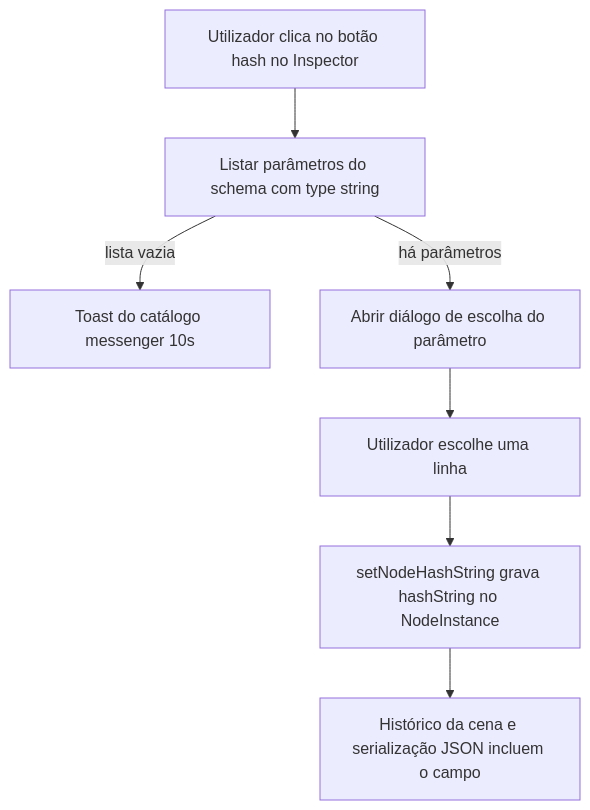
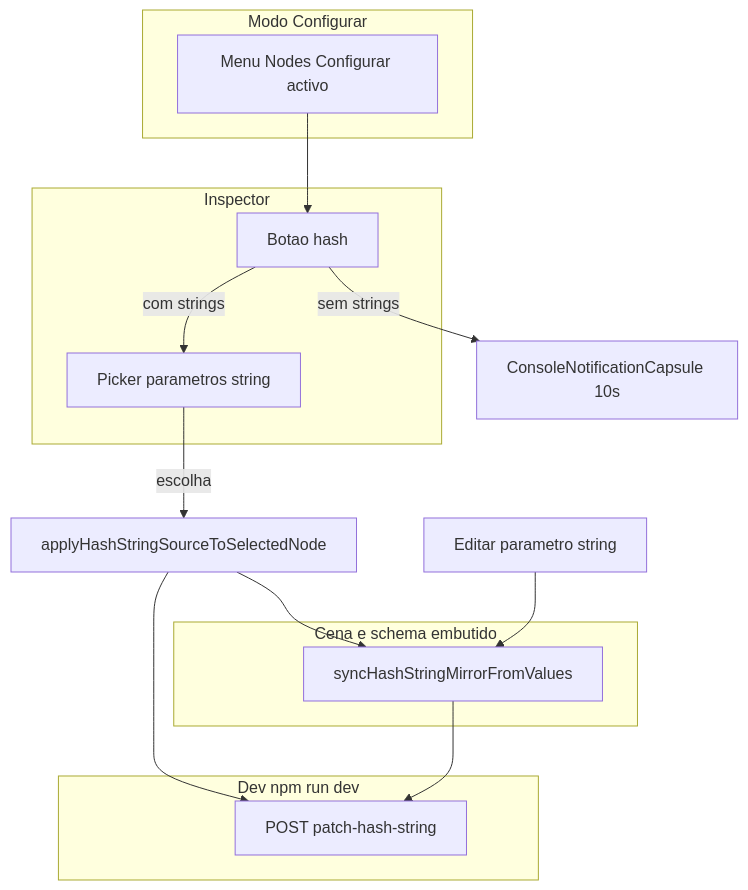
One commit to JunioCesar96/Node-Graphs-League-of-Legends changed the first of 2 diagrams in feature_md/feat/inspector-hash-string.md. Above: the diagram before and after it, drawn with Mermaid. The commit also changed other lines of this file and 13 other files, not shown here.

First line of the commit message:
feat(inspector): hashString com persistencia em nodeStructures

````diff
--- a/feature_md/feat/inspector-hash-string.md
+++ b/feature_md/feat/inspector-hash-string.md
@@ -31,11 +31,24 @@
 ```mermaid
 graph TD
-  UserClick[Utilizador clica no botão hash no Inspector]
-  ListStrings[Listar parâmetros do schema com type string]
-  UserClick --> ListStrings
-  ListStrings -->|lista vazia| Toast10[Toast do catálogo messenger 10s]
-  ListStrings -->|há parâmetros| OpenPicker[Abrir diálogo de escolha do parâmetro]
-  OpenPicker --> Pick[Utilizador escolhe uma linha]
-  Pick --> Persist[setNodeHashString grava hashString no NodeInstance]
-  Persist --> Scene[Histórico da cena e serialização JSON incluem o campo]
+  subgraph config [Modo Configurar]
+    Cfg[Menu Nodes Configurar activo]
+  end
+  subgraph inspector [Inspector]
+    Btn[Botao hash]
+    Pick[Picker parametros string]
+  end
+  subgraph memoria [Cena e schema embutido]
+    Sync[syncHashStringMirrorFromValues]
+  end
+  subgraph disco [Dev npm run dev]
+    Api[POST patch-hash-string]
+  end
+  Cfg --> Btn
+  Btn -->|sem strings| Caps[ConsoleNotificationCapsule 10s]
+  Btn -->|com strings| Pick
+  Pick -->|escolha| Apply[applyHashStringSourceToSelectedNode]
+  Apply --> Sync
+  Apply --> Api
+  Edit[Editar parametro string] --> Sync
+  Sync --> Api
 ```
````
